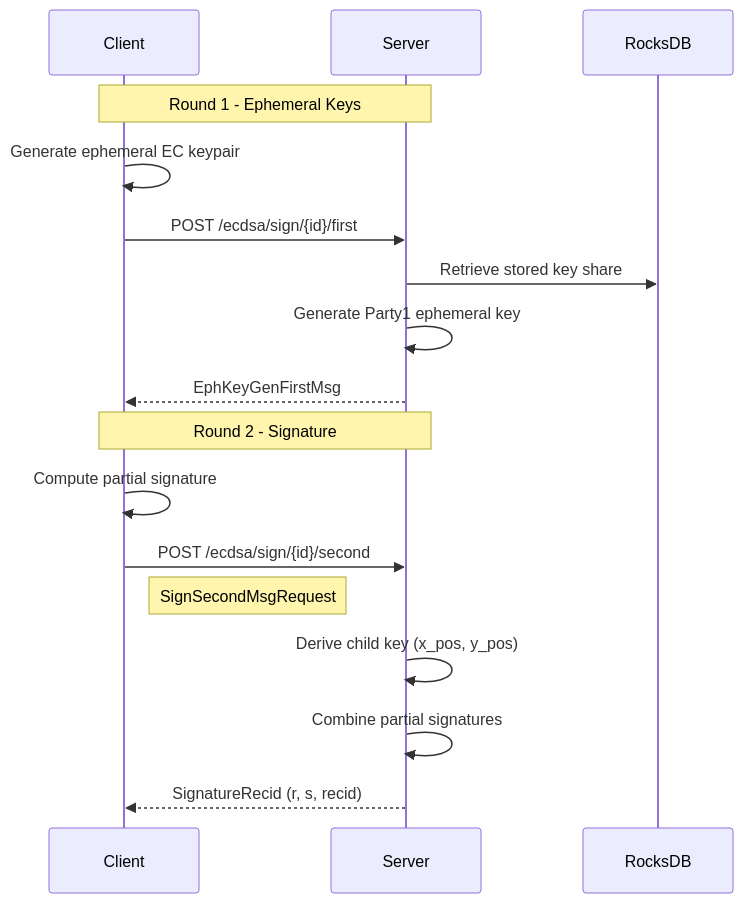
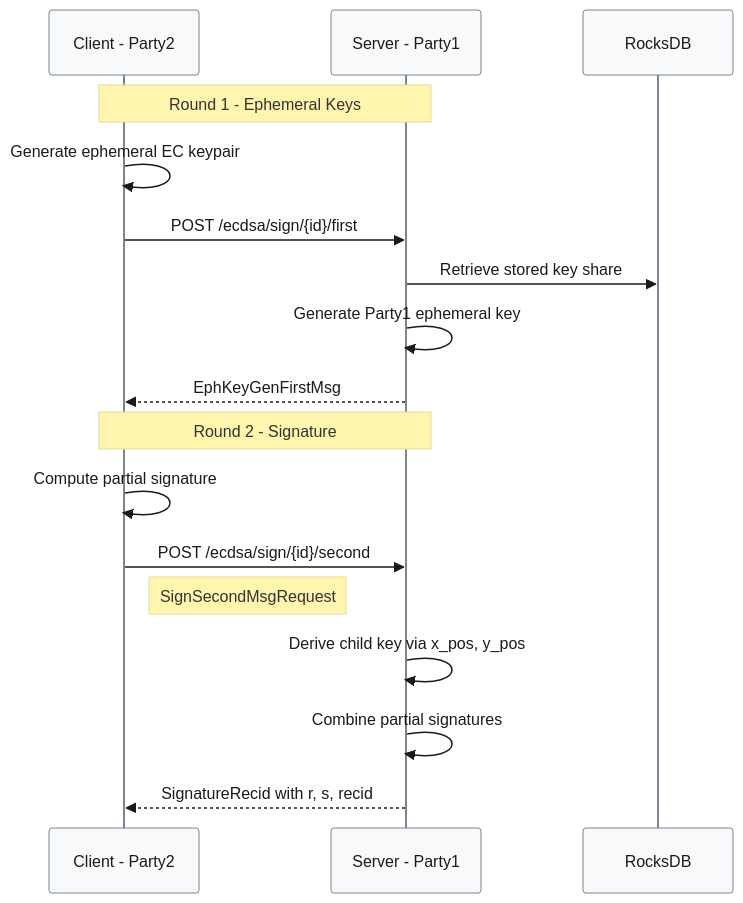
The second of 4 diagrams in wiki/Implementation.md (ljg-cqu/ZenGo-X-gotham-city), drawn with Mermaid before and after one commit. The commit also changed other lines of this file and 41 other files, not shown here.

````diff
--- a/wiki/Implementation.md
+++ b/wiki/Implementation.md
@@ -67,21 +69,22 @@
 ```mermaid
+%%{init: {"theme": "base", "themeVariables": {"primaryColor": "#f8f9fa", "primaryTextColor": "#1a1a1a", "primaryBorderColor": "#7a8591", "lineColor": "#8897a8", "secondaryColor": "#eff6fb", "tertiaryColor": "#f3f5f7"}}}%%
 sequenceDiagram
-    participant C as Client
-    participant S as Server
+    participant C as Client - Party2
+    participant S as Server - Party1
     participant DB as RocksDB
     
     Note over C,S: Round 1 - Ephemeral Keys
     C->>C: Generate ephemeral EC keypair
     C->>S: POST /ecdsa/sign/{id}/first
     S->>DB: Retrieve stored key share
     S->>S: Generate Party1 ephemeral key
     S-->>C: EphKeyGenFirstMsg
     
     Note over C,S: Round 2 - Signature
     C->>C: Compute partial signature
     C->>S: POST /ecdsa/sign/{id}/second
     Note right of C: SignSecondMsgRequest
-    S->>S: Derive child key (x_pos, y_pos)
+    S->>S: Derive child key via x_pos, y_pos
     S->>S: Combine partial signatures
-    S-->>C: SignatureRecid (r, s, recid)
+    S-->>C: SignatureRecid with r, s, recid
 ```
````
